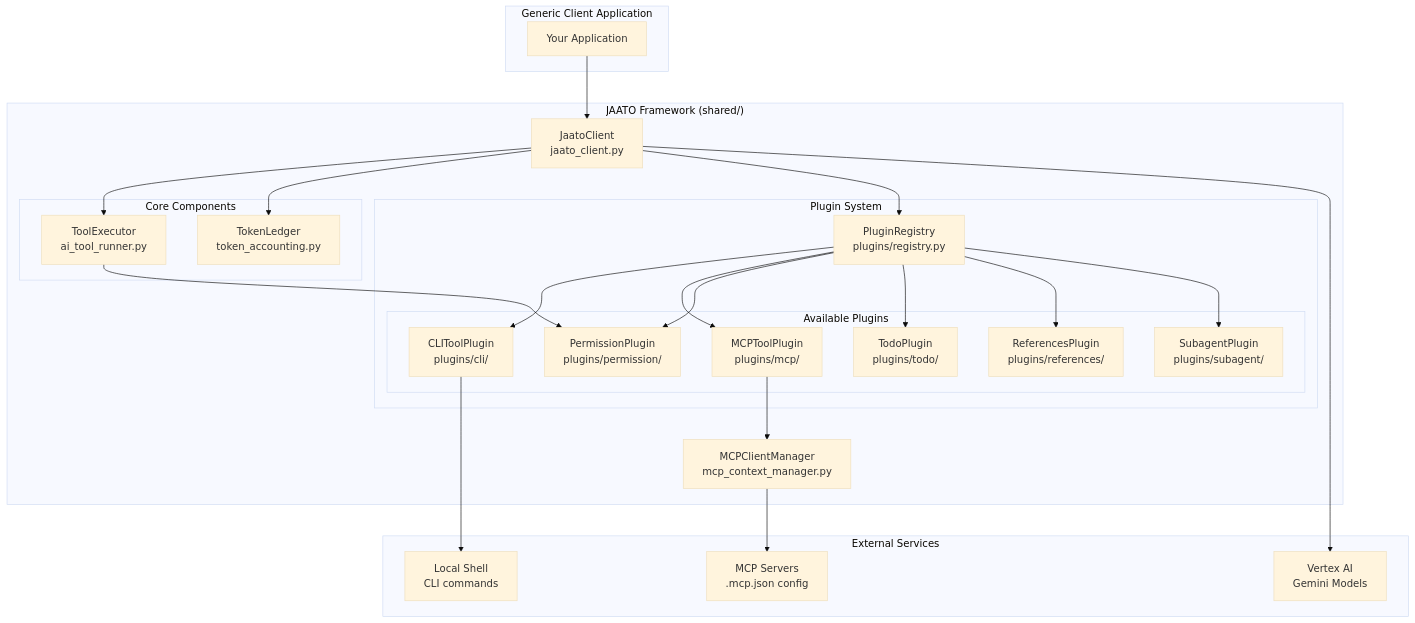
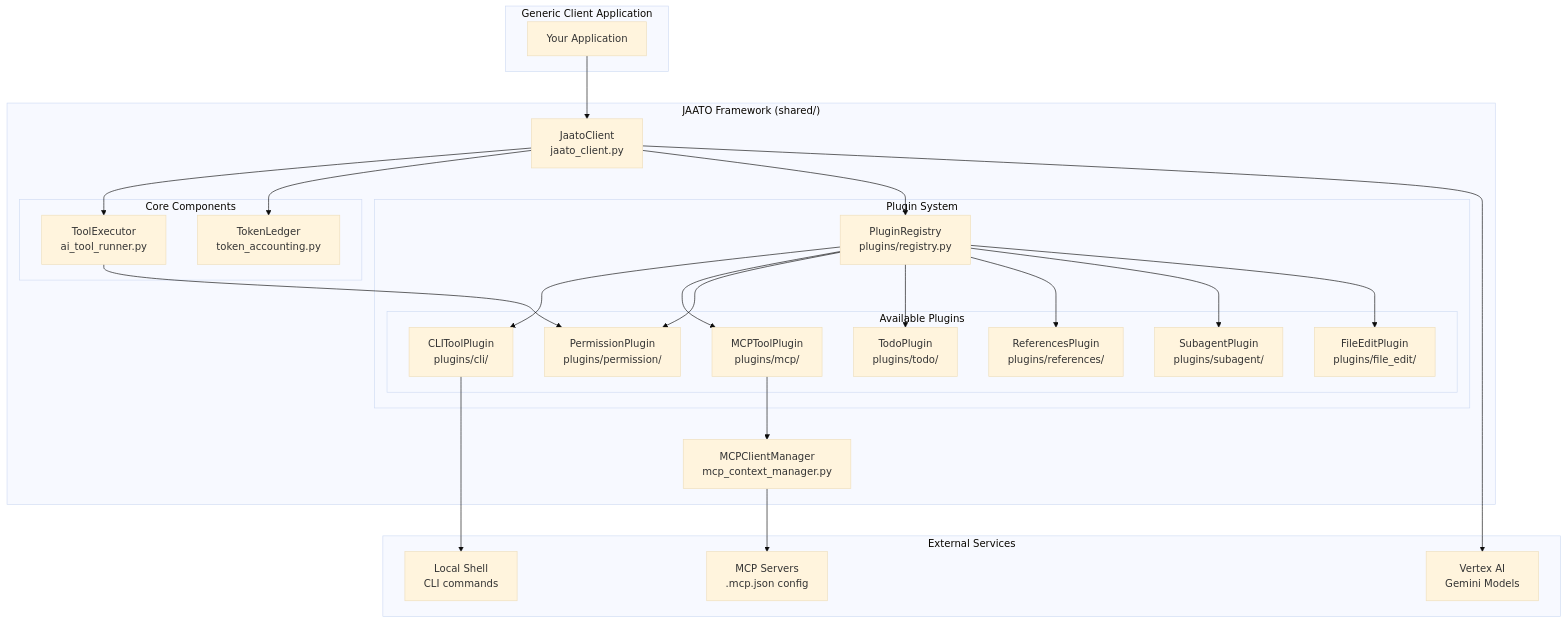
One commit to Jaato-framework-and-examples/jaato changed the first of 3 diagrams in docs/architecture.md. Above: the diagram before and after it, drawn with Mermaid (base theme). The commit also changed other lines of this file and 6 other files, not shown here.

First line of the commit message:
docs(file_edit): Add README, tests, and update architecture docs

````diff
--- a/docs/architecture.md
+++ b/docs/architecture.md
@@ -54,52 +54,54 @@
 ```mermaid
 flowchart TB
     subgraph Client["Generic Client Application"]
         App[Your Application]
     end
 
     subgraph Framework["JAATO Framework (shared/)"]
         JC[JaatoClient<br/>jaato_client.py]
 
         subgraph Core["Core Components"]
             TE[ToolExecutor<br/>ai_tool_runner.py]
             TL[TokenLedger<br/>token_accounting.py]
         end
 
         subgraph Plugins["Plugin System"]
             PR[PluginRegistry<br/>plugins/registry.py]
 
             subgraph Available["Available Plugins"]
                 CLI[CLIToolPlugin<br/>plugins/cli/]
                 MCP[MCPToolPlugin<br/>plugins/mcp/]
                 PERM[PermissionPlugin<br/>plugins/permission/]
                 TODO[TodoPlugin<br/>plugins/todo/]
                 REFS[ReferencesPlugin<br/>plugins/references/]
                 SUB[SubagentPlugin<br/>plugins/subagent/]
+                FEDIT[FileEditPlugin<br/>plugins/file_edit/]
             end
         end
 
         MCM[MCPClientManager<br/>mcp_context_manager.py]
     end
 
     subgraph External["External Services"]
         VAI[Vertex AI<br/>Gemini Models]
         MCPS[MCP Servers<br/>.mcp.json config]
         Shell[Local Shell<br/>CLI commands]
     end
 
     App --> JC
     JC --> TE
     JC --> TL
     JC --> PR
     PR --> CLI
     PR --> MCP
     PR --> PERM
     PR --> TODO
     PR --> REFS
     PR --> SUB
+    PR --> FEDIT
     TE --> PERM
     MCP --> MCM
     MCM --> MCPS
     CLI --> Shell
     JC --> VAI
 ```
````
